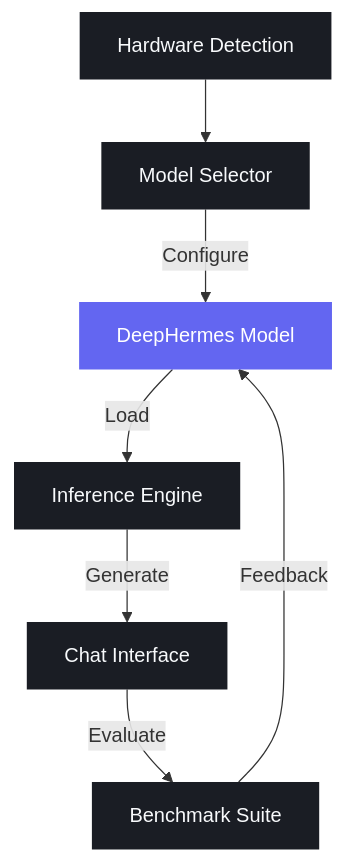
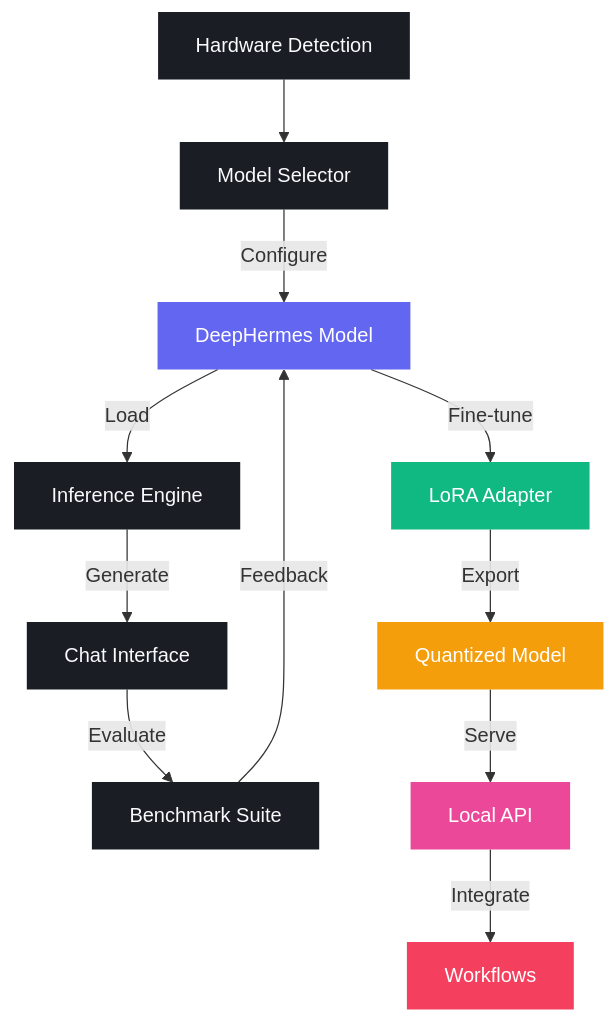
One commit to jbarnes850/deephermes-mlx changed the first of 3 diagrams in README.md. Above: the diagram before and after it, drawn with Mermaid. The commit also changed other lines of this file, not shown here.

````diff
--- a/README.md
+++ b/README.md
@@ -13,16 +13,27 @@
 ```mermaid
 flowchart TD
     classDef primary fill:#6366F1,color:white,stroke:none
     classDef secondary fill:#10B981,color:white,stroke:none
     classDef accent fill:#F43F5E,color:white,stroke:none
+    classDef export fill:#F59E0B,color:white,stroke:none
+    classDef deploy fill:#EC4899,color:white,stroke:none
     classDef default fill:#1A1D24,color:#F8FAFC,stroke:none
 
     A[Hardware Detection] --> B[Model Selector]
     B -->|Configure| C[DeepHermes Model]
     C -->|Load| D[Inference Engine]
     D -->|Generate| E[Chat Interface]
     E -->|Evaluate| F[Benchmark Suite]
     F -->|Feedback| C
     
+    C -->|Fine-tune| G[LoRA Adapter]
+    G -->|Export| H[Quantized Model]
+    H -->|Serve| I[Local API]
+    I -->|Integrate| J[Workflows]
+    
     class C primary
+    class G secondary
+    class H export
+    class I deploy
+    class J accent
 ```
````
